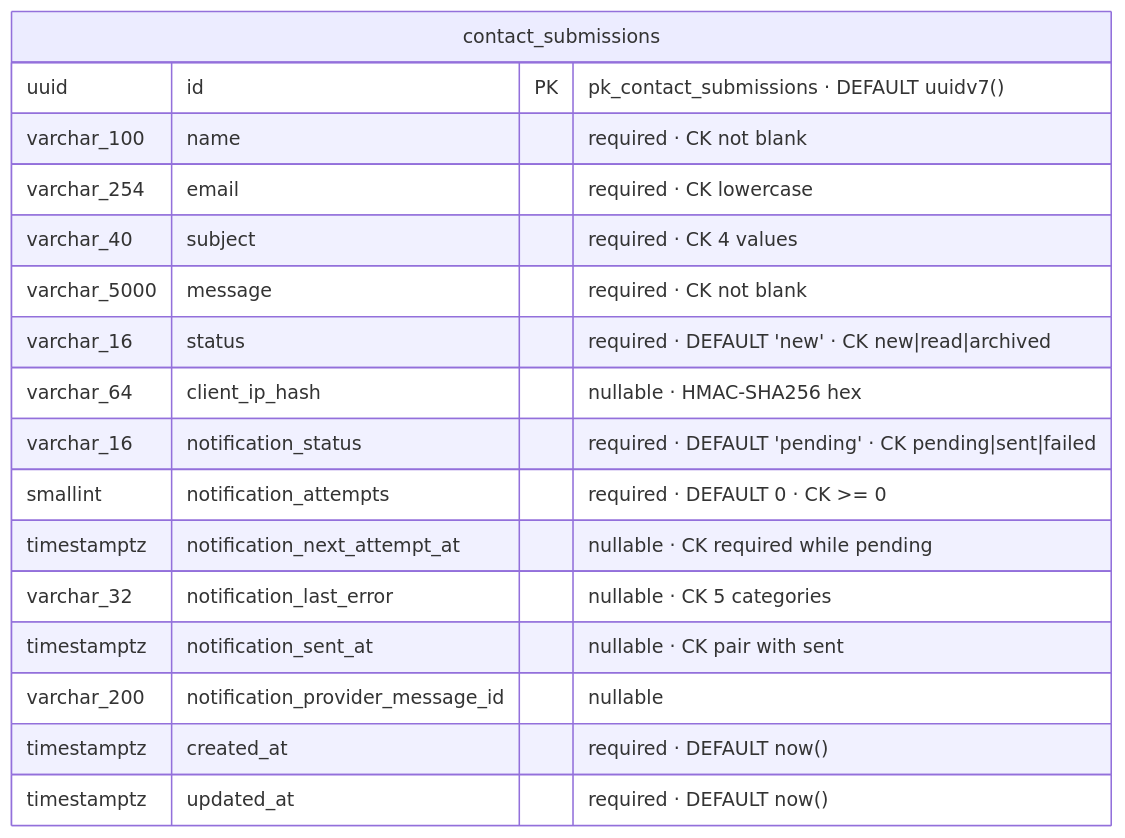
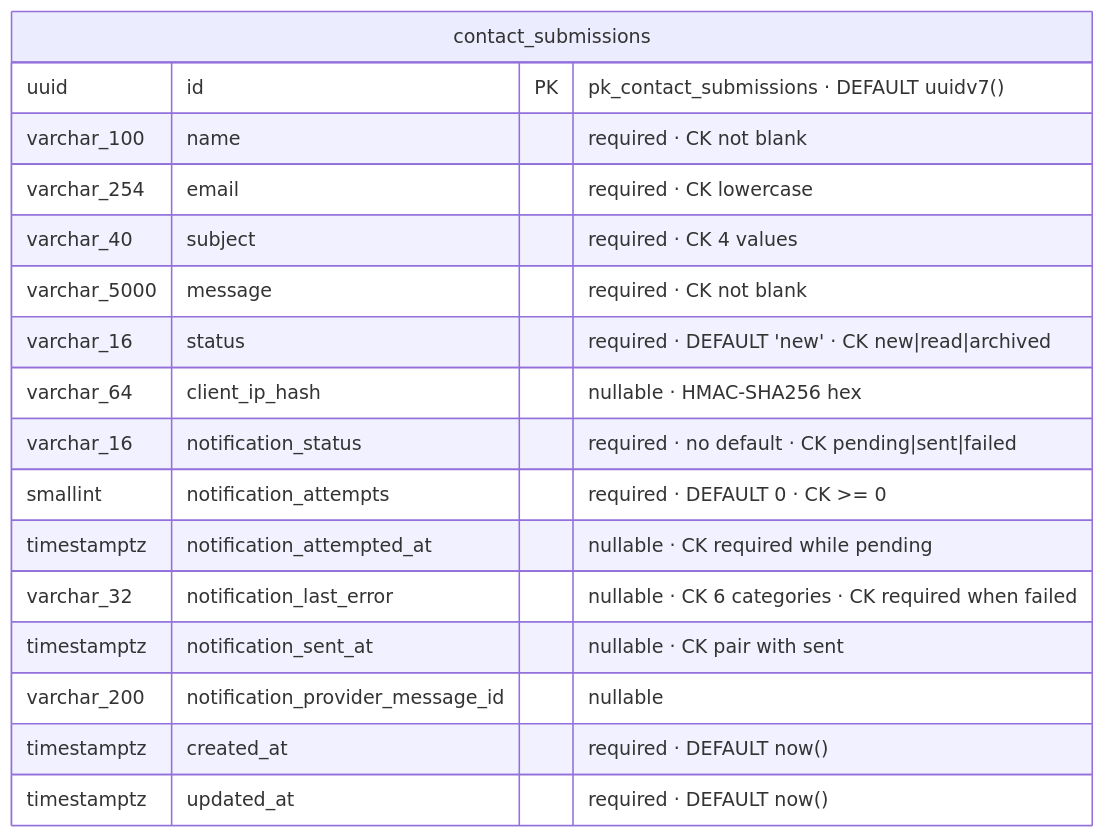
One commit to kienquocnguyen/xuan-api changed the tenth of 10 diagrams in docs/database.md. Above: the diagram before and after it, drawn with Mermaid. The commit also changed other lines of this file and 6 other files, not shown here.

Commit message:
docs(contact): record the one-attempt notification design and the final frontend handoff

````diff
--- a/docs/database.md
+++ b/docs/database.md
@@ -774,20 +774,20 @@
 ```mermaid
 erDiagram
     contact_submissions {
         uuid id PK "pk_contact_submissions · DEFAULT uuidv7()"
         varchar_100 name "required · CK not blank"
         varchar_254 email "required · CK lowercase"
         varchar_40 subject "required · CK 4 values"
         varchar_5000 message "required · CK not blank"
         varchar_16 status "required · DEFAULT 'new' · CK new|read|archived"
         varchar_64 client_ip_hash "nullable · HMAC-SHA256 hex"
-        varchar_16 notification_status "required · DEFAULT 'pending' · CK pending|sent|failed"
+        varchar_16 notification_status "required · no default · CK pending|sent|failed"
         smallint notification_attempts "required · DEFAULT 0 · CK >= 0"
-        timestamptz notification_next_attempt_at "nullable · CK required while pending"
-        varchar_32 notification_last_error "nullable · CK 5 categories"
+        timestamptz notification_attempted_at "nullable · CK required while pending"
+        varchar_32 notification_last_error "nullable · CK 6 categories · CK required when failed"
         timestamptz notification_sent_at "nullable · CK pair with sent"
         varchar_200 notification_provider_message_id "nullable"
         timestamptz created_at "required · DEFAULT now()"
         timestamptz updated_at "required · DEFAULT now()"
     }
 ```
````
